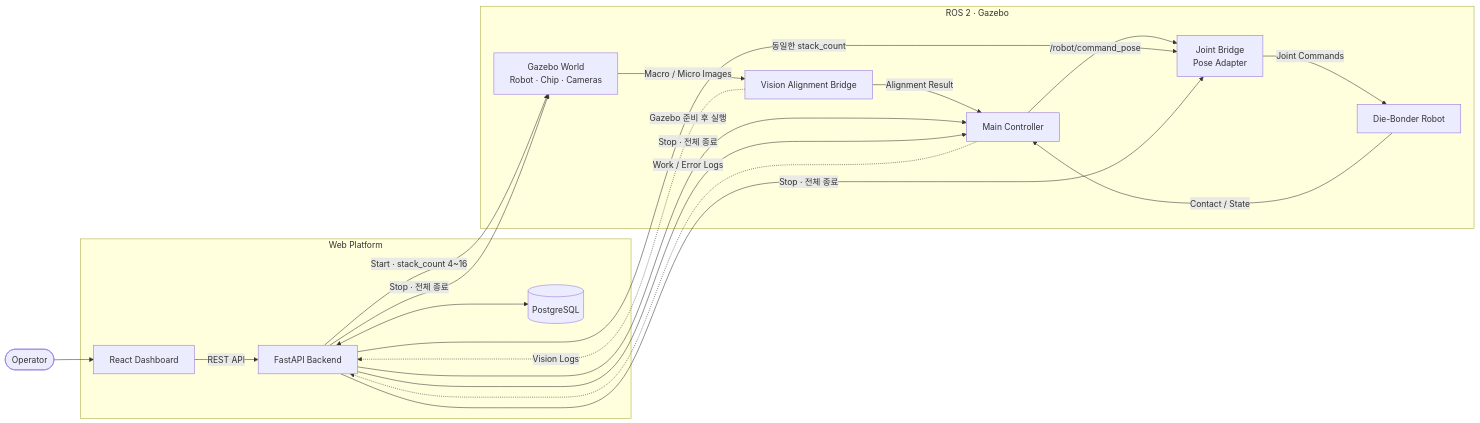
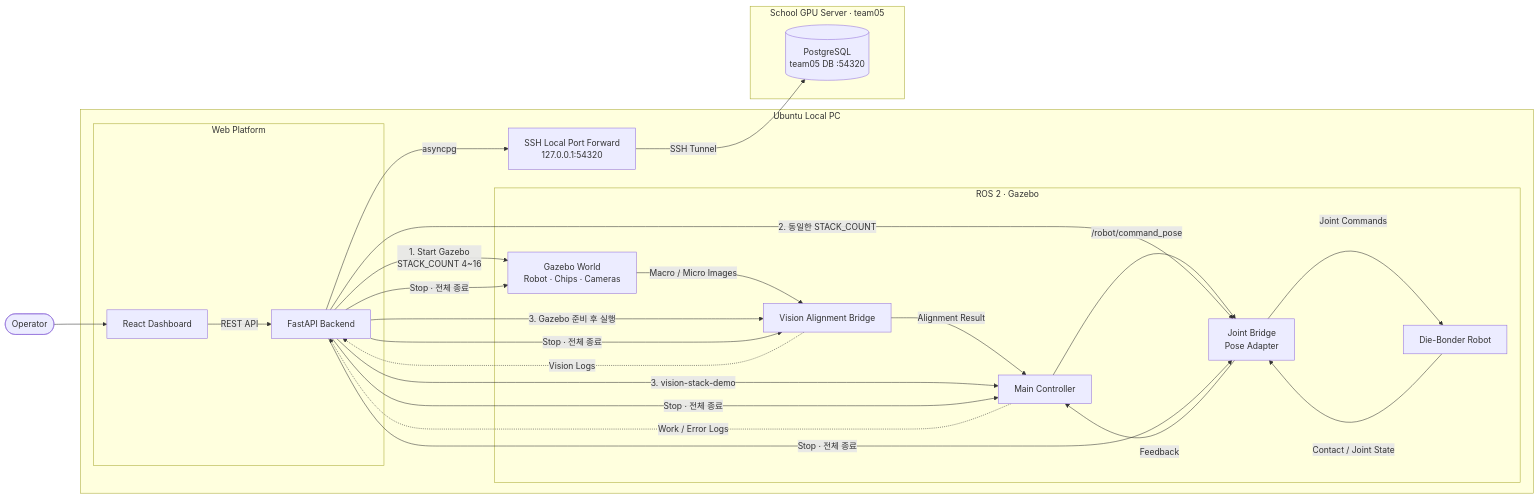
Before and after one commit to Tae-Geon-Kim/INHA-Ros2-Vision-Die-Bonder-Sim: the first of 2 diagrams in README.md, drawn with Mermaid.

Commit message:
docs: README 수정
Updated the flowchart to include local and GPU server components.

````diff
--- a/README.md
+++ b/README.md
@@ -88,32 +88,47 @@
 ```mermaid
 flowchart LR
     USER([Operator]) --> FE[React Dashboard]
 
-    subgraph WEB[Web Platform]
-        FE -->|REST API| BE[FastAPI Backend]
-        BE <--> DB[(PostgreSQL)]
+    subgraph LOCAL[Ubuntu Local PC]
+        subgraph WEB[Web Platform]
+            FE -->|REST API| BE[FastAPI Backend]
+        end
+
+        subgraph SIM[ROS 2 · Gazebo]
+            GZ[Gazebo World<br/>Robot · Chips · Cameras]
+            VB[Vision Alignment Bridge]
+            MC[Main Controller]
+            JB[Joint Bridge<br/>Pose Adapter]
+            ROBOT[Die-Bonder Robot]
+
+            GZ -->|Macro / Micro Images| VB
+            VB -->|Alignment Result| MC
+            MC -->|/robot/command_pose| JB
+            JB -->|Joint Commands| ROBOT
+            ROBOT -->|Contact / Joint State| JB
+            JB -->|Feedback| MC
+        end
+
+        SSH[SSH Local Port Forward<br/>127.0.0.1:54320]
     end
 
-    subgraph SIM[ROS 2 · Gazebo]
-        GZ[Gazebo World<br/>Robot · Chip · Cameras]
-        VB[Vision Alignment Bridge]
-        MC[Main Controller]
-        JB[Joint Bridge<br/>Pose Adapter]
-        ROBOT[Die-Bonder Robot]
-
-        GZ -->|Macro / Micro Images| VB
-        VB -->|Alignment Result| MC
-        MC -->|/robot/command_pose| JB
-        JB -->|Joint Commands| ROBOT
-        ROBOT -->|Contact / State| MC
+    subgraph GPU[School GPU Server · team05]
+        DB[(PostgreSQL<br/>team05 DB :54320)]
     end
 
-    BE -->|Start · stack_count 4~16| GZ
-    BE -->|동일한 stack_count| JB
-    BE -->|Gazebo 준비 후 실행| MC
+    BE -->|asyncpg| SSH
+    SSH -->|SSH Tunnel| DB
+
+    BE -->|1. Start Gazebo<br/>STACK_COUNT 4~16| GZ
+    BE -->|2. 동일한 STACK_COUNT| JB
+    BE -->|3. Gazebo 준비 후 실행| VB
+    BE -->|3. vision-stack-demo| MC
+
     BE -->|Stop · 전체 종료| GZ
     BE -->|Stop · 전체 종료| JB
+    BE -->|Stop · 전체 종료| VB
     BE -->|Stop · 전체 종료| MC
+
     VB -.->|Vision Logs| BE
     MC -.->|Work / Error Logs| BE
 ```
````
